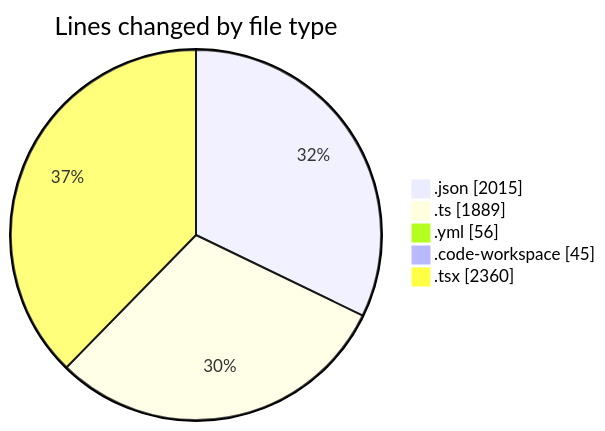
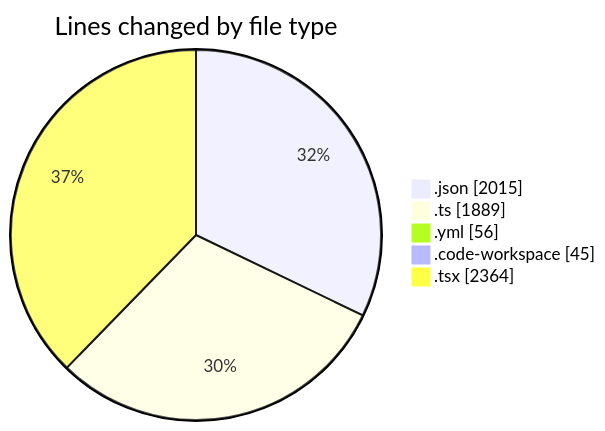
The first of 2 diagrams in 2025-11-25/eventscop-frontend-guide__workspace_/README.md (julien-gomy/code-tracking), drawn with Mermaid before and after one commit. The commit also changed other lines of this file and 1 other file, not shown here.

````diff
--- a/2025-11-25/eventscop-frontend-guide__workspace_/README.md
+++ b/2025-11-25/eventscop-frontend-guide__workspace_/README.md
@@ -43,9 +43,9 @@
 ```mermaid
 pie showData
 title Lines changed by file type
 ".json" : 2015
 ".ts" : 1889
 ".yml" : 56
 ".code-workspace" : 45
-".tsx" : 2360
+".tsx" : 2364
 ```
````
